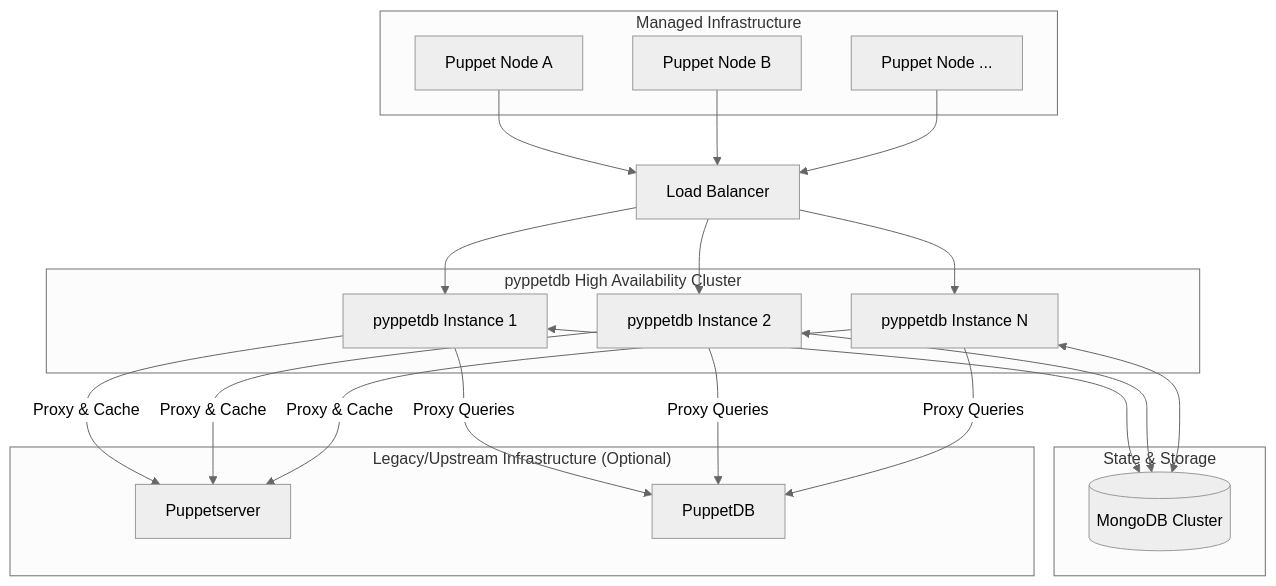
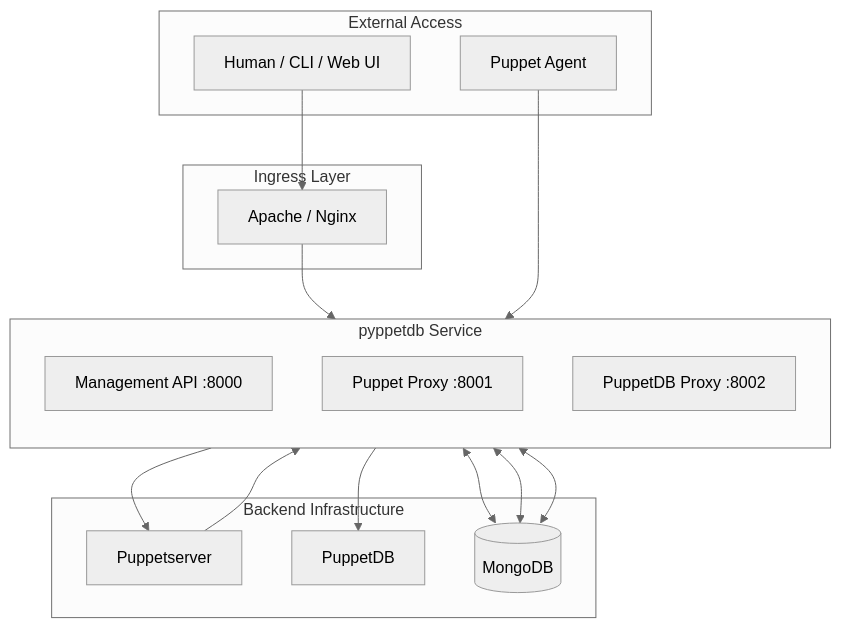
Before and after one commit to schlitzered/pyppetdb: the first of 4 diagrams in docs/architecture.md, drawn with Mermaid (neutral theme). The commit also changed other lines of this file, not shown here.

````diff
--- a/docs/architecture.md
+++ b/docs/architecture.md
@@ -9,31 +13,31 @@
 ```mermaid
 graph TD
-    subgraph "Managed Infrastructure"
-        Node1[Puppet Node A]
-        Node2[Puppet Node B]
-        NodeN[Puppet Node ...]
+    subgraph "External Access"
+        User[Human / CLI / Web UI]
+        Agent[Puppet Agent]
     end
 
-    LB[Load Balancer]
-
-    subgraph "pyppetdb High Availability Cluster"
-        P1[pyppetdb Instance 1]
-        P2[pyppetdb Instance 2]
-        P3[pyppetdb Instance N]
+    subgraph "Ingress Layer"
+        Proxy[Apache / Nginx]
     end
 
-    subgraph "State & Storage"
-        DB[(MongoDB Cluster)]
+    subgraph "pyppetdb Service"
+        direction TB
+        API_8000[Management API :8000]
+        Proxy_8001[Puppet Proxy :8001]
+        PDB_8002[PuppetDB Proxy :8002]
     end
 
-    subgraph "Legacy/Upstream Infrastructure (Optional)"
+    subgraph "Backend Infrastructure"
         PS[Puppetserver]
         PDB[PuppetDB]
+        DB[(MongoDB)]
     end
 
-    Node1 & Node2 & NodeN --> LB
-    LB --> P1 & P2 & P3
-    P1 & P2 & P3 <--> DB
-    P1 & P2 & P3 -- "Proxy & Cache" --> PS
-    P1 & P2 & P3 -- "Proxy Queries" --> PDB
+    User --> Proxy --> API_8000
+    Agent --> Proxy_8001
+    Proxy_8001 --> PS
+    PS --> PDB_8002
+    PDB_8002 --> PDB
+    API_8000 & Proxy_8001 & PDB_8002 <--> DB
 ```
````
